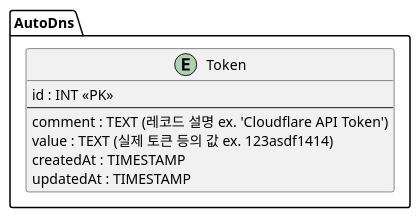
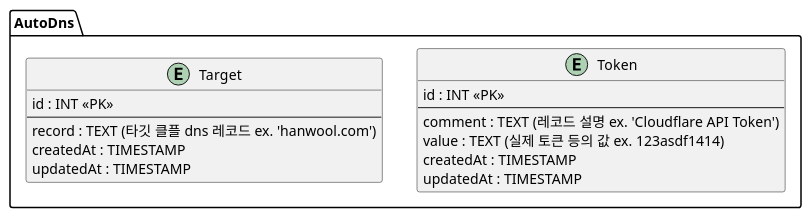
Before and after one commit to HanWool-Jeong/AutoDnsRegister: the diagram in docs/database.pu, drawn with PlantUML.

Commit message:
database.pu plantuml 수정 (Target 테이블 추가)

```diff
--- a/docs/database.pu
+++ b/docs/database.pu
@@ -1,14 +1,21 @@
 @startuml database
 
   package AutoDns  {
     entity Token {
       id : INT <<PK>>
       --
       comment : TEXT (레코드 설명 ex. 'Cloudflare API Token')
       value : TEXT (실제 토큰 등의 값 ex. 123asdf1414)
       createdAt : TIMESTAMP
       updatedAt : TIMESTAMP
     }
+    entity Target {
+      id : INT <<PK>>
+      --
+      record : TEXT (타깃 클플 dns 레코드 ex. 'hanwool.com')
+      createdAt : TIMESTAMP
+      updatedAt : TIMESTAMP
+    }
   }
 
 @enduml
```
